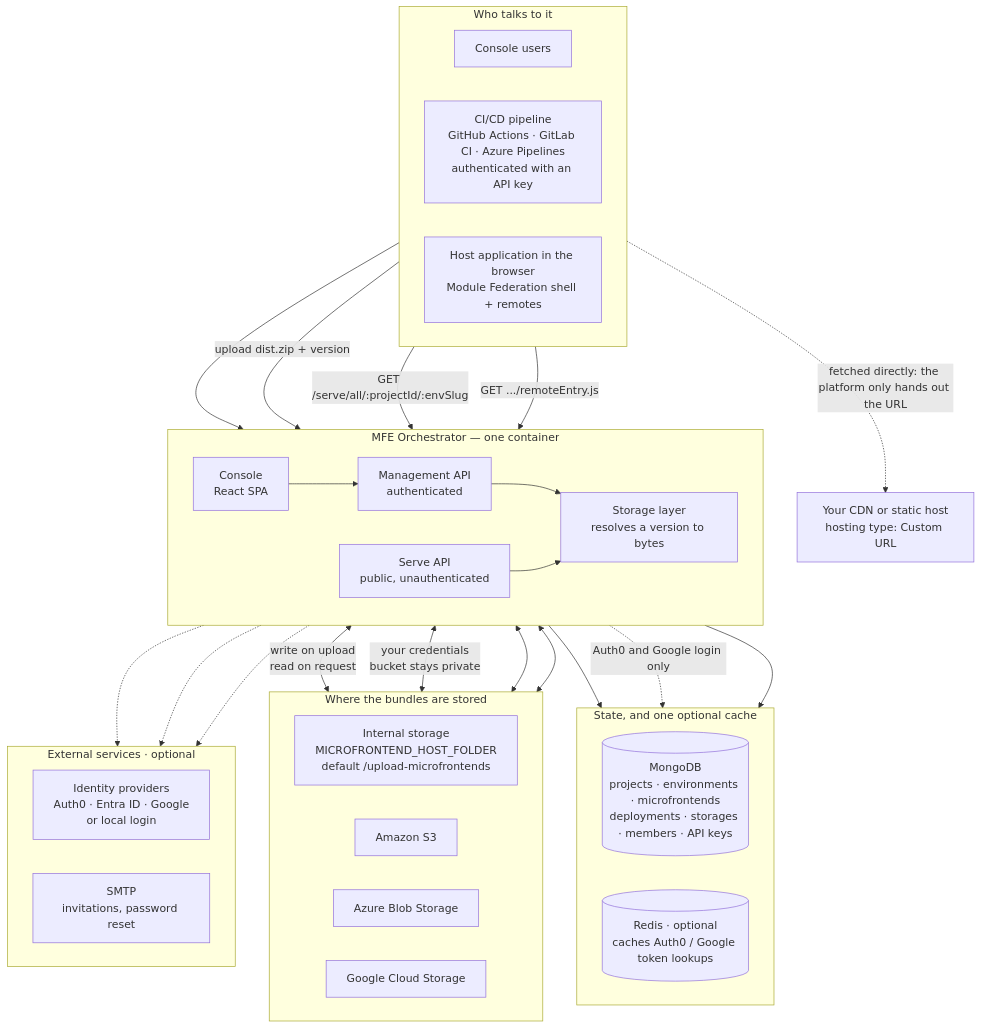
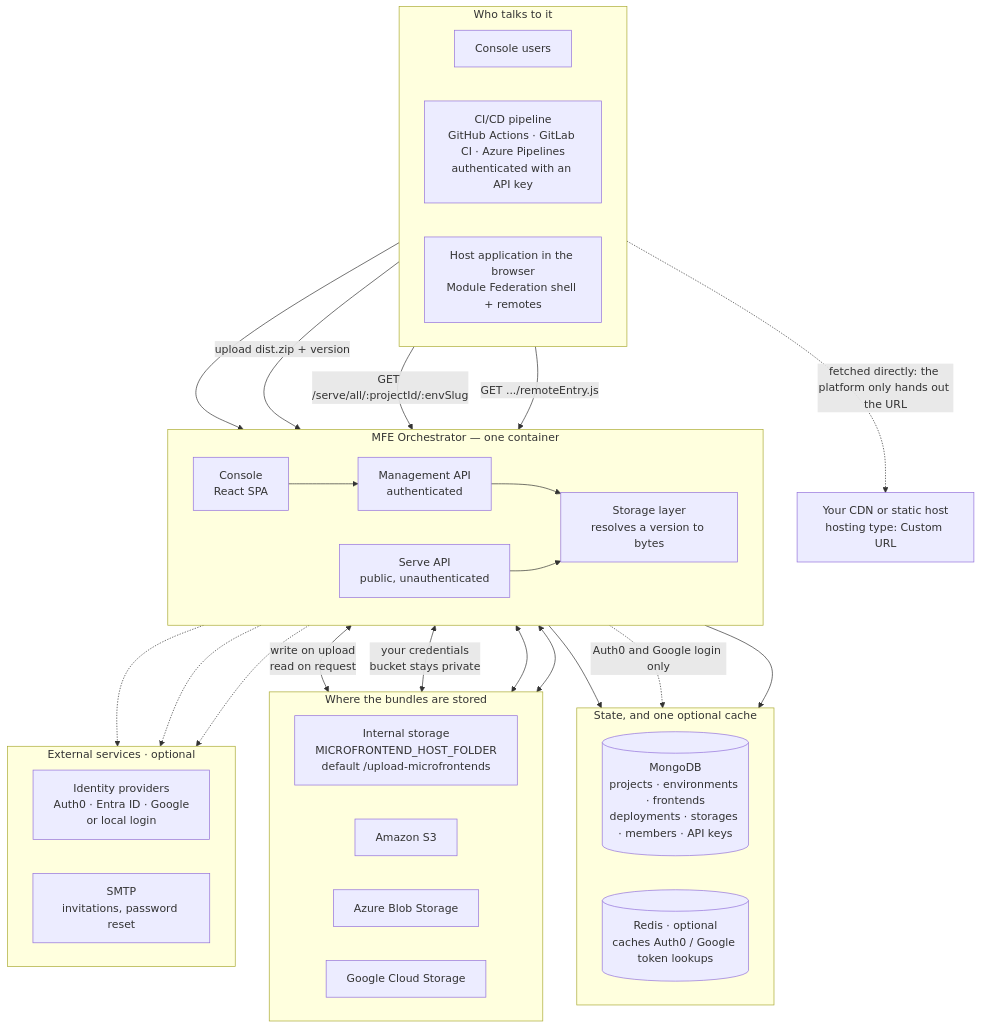
Before and after one commit to mfe-orchestrator/documentation: the first of 4 diagrams in docs/architecture.md, drawn with Mermaid. The commit also changed other lines of this file and 72 other files, not shown here.

````diff
--- a/docs/architecture.md
+++ b/docs/architecture.md
@@ -27,62 +27,62 @@
 ```mermaid
 flowchart TB
     subgraph clients["Who talks to it"]
         direction LR
         people["Console users"]
         ci["CI/CD pipeline<br/>GitHub Actions · GitLab CI · Azure Pipelines<br/>authenticated with an API key"]
         browser["Host application in the browser<br/>Module Federation shell + remotes"]
     end
 
     subgraph orch["MFE Orchestrator — one container"]
         direction LR
         console["Console<br/>React SPA"]
         mgmt["Management API<br/>authenticated"]
         serve["Serve API<br/>public, unauthenticated"]
         storage["Storage layer<br/>resolves a version to bytes"]
     end
 
     subgraph state["State, and one optional cache"]
         direction LR
-        mongo[("MongoDB<br/>projects · environments · microfrontends<br/>deployments · storages · members · API keys")]
+        mongo[("MongoDB<br/>projects · environments · frontends<br/>deployments · storages · members · API keys")]
         redis[("Redis · optional<br/>caches Auth0 / Google token lookups")]
     end
 
     subgraph artifacts["Where the bundles are stored"]
         direction LR
         internal["Internal storage<br/>MICROFRONTEND_HOST_FOLDER<br/>default /upload-microfrontends"]
         s3["Amazon S3"]
         blob["Azure Blob Storage"]
         gcs["Google Cloud Storage"]
     end
 
     subgraph optional["External services · optional"]
         direction LR
         idp["Identity providers<br/>Auth0 · Entra ID · Google<br/>or local login"]
         smtp["SMTP<br/>invitations, password reset"]
     end
 
     ext["Your CDN or static host<br/>hosting type: Custom URL"]
 
     people --> console
     console --> mgmt
     ci -->|"upload dist.zip + version"| mgmt
     browser -->|"GET /serve/all/:projectId/:envSlug"| serve
     browser -->|"GET .../remoteEntry.js"| serve
 
     mgmt --> storage
     serve --> storage
     mgmt --> mongo
     mgmt -.->|"Auth0 and Google login only"| redis
     serve --> mongo
 
     console -.-> idp
     mgmt -.-> idp
     mgmt -.-> smtp
 
     storage <-->|"write on upload<br/>read on request"| internal
     storage <-->|"your credentials<br/>bucket stays private"| s3
     storage <--> blob
     storage <--> gcs
 
     browser -.->|"fetched directly: the platform only hands out the URL"| ext
 ```
````
